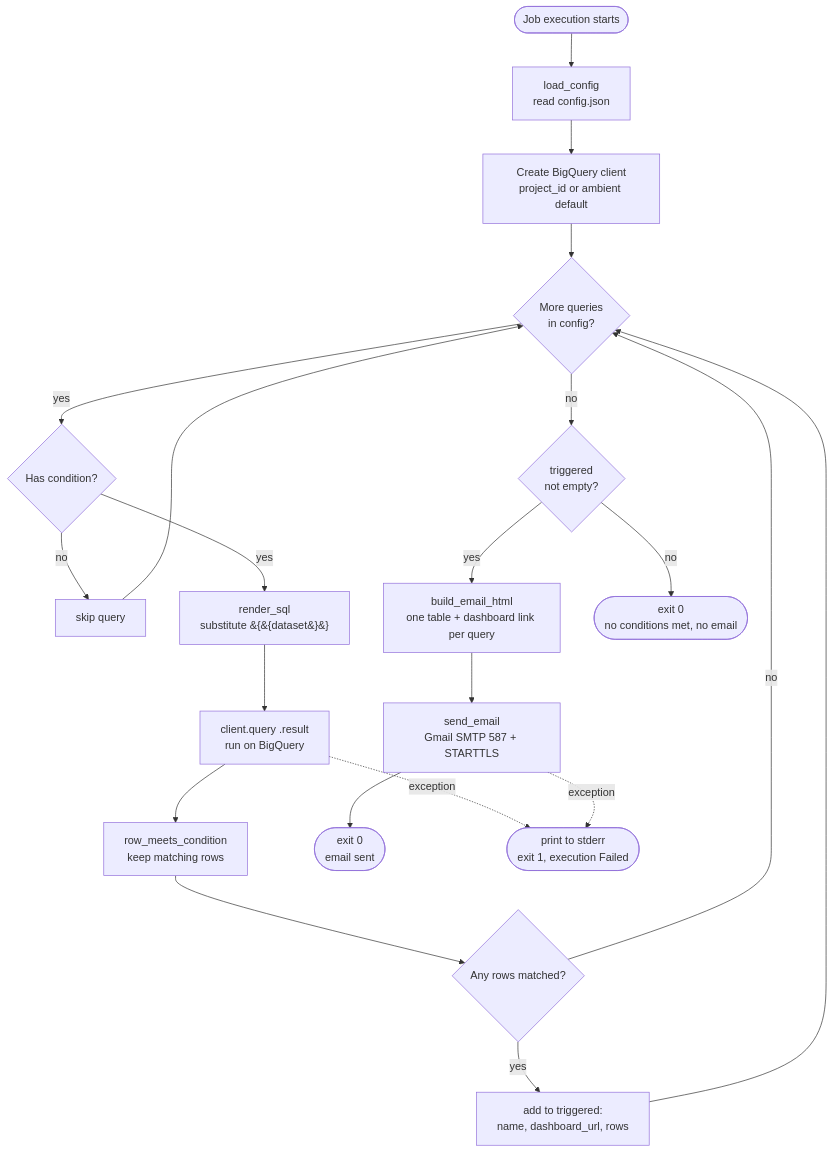
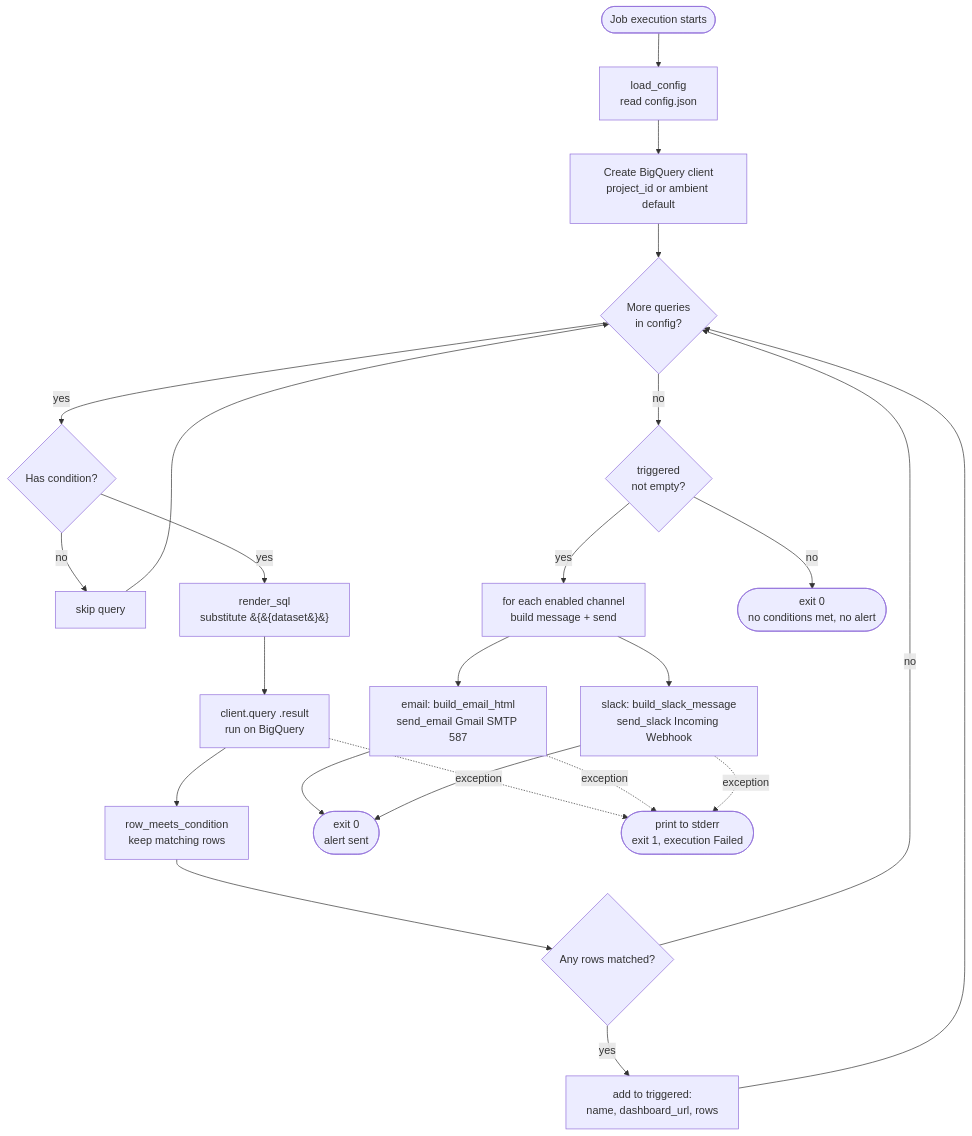
One commit to Ethan07914/gc-alert-run-function changed the diagram in README.md. Above: the diagram before and after it, drawn with Mermaid. The commit also changed other lines of this file and 5 other files, not shown here.

First line of the commit message:
Add Slack notification channel (config-toggleable)

````diff
--- a/README.md
+++ b/README.md
@@ -45,25 +50,28 @@
 ```mermaid
 flowchart TD
     A([Job execution starts]) --> B[load_config<br/>read config.json]
     B --> C[Create BigQuery client<br/>project_id or ambient default]
     C --> D{More queries<br/>in config?}
 
     D -- yes --> G{Has condition?}
     G -- no --> S[skip query] --> D
     G -- yes --> E[render_sql<br/>substitute &#123;&#123;dataset&#125;&#125;]
     E --> F[client.query .result<br/>run on BigQuery]
     F --> I[row_meets_condition<br/>keep matching rows]
     I --> K{Any rows matched?}
     K -- yes --> L[add to triggered:<br/>name, dashboard_url, rows]
     K -- no --> D
     L --> D
 
     D -- no --> M{triggered<br/>not empty?}
-    M -- yes --> N[build_email_html<br/>one table + dashboard link per query]
-    N --> O[send_email<br/>Gmail SMTP 587 + STARTTLS]
-    O --> P([exit 0<br/>email sent])
-    M -- no --> Q([exit 0<br/>no conditions met, no email])
+    M -- yes --> N[for each enabled channel<br/>build message + send]
+    N --> N1[email: build_email_html<br/>send_email Gmail SMTP 587]
+    N --> N2[slack: build_slack_message<br/>send_slack Incoming Webhook]
+    N1 --> P([exit 0<br/>alert sent])
+    N2 --> P
+    M -- no --> Q([exit 0<br/>no conditions met, no alert])
 
     F -. exception .-> R([print to stderr<br/>exit 1, execution Failed])
-    O -. exception .-> R
+    N1 -. exception .-> R
+    N2 -. exception .-> R
 ```
````
